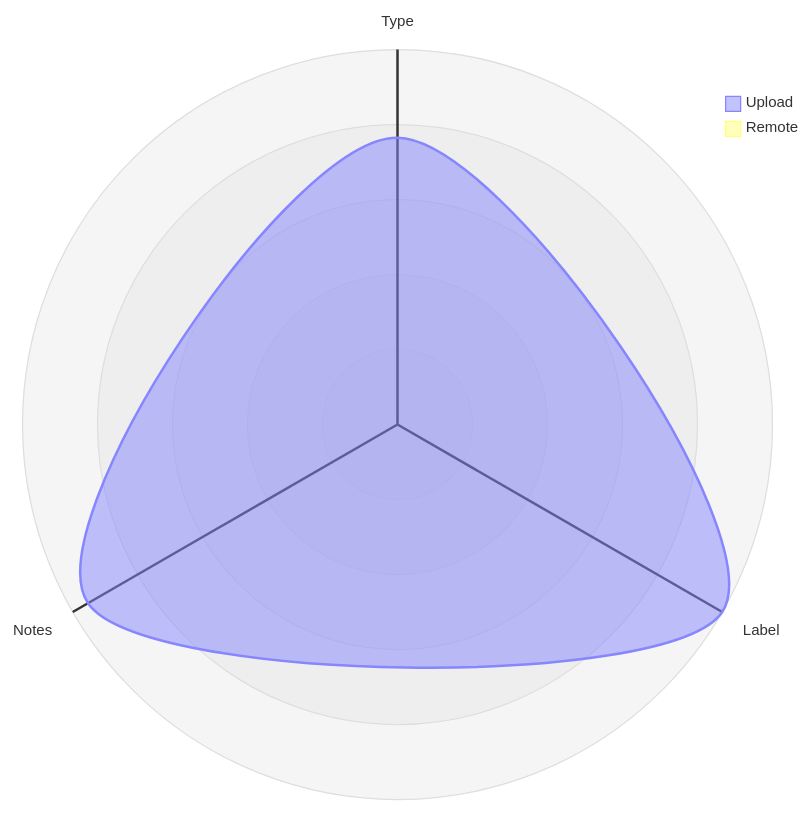
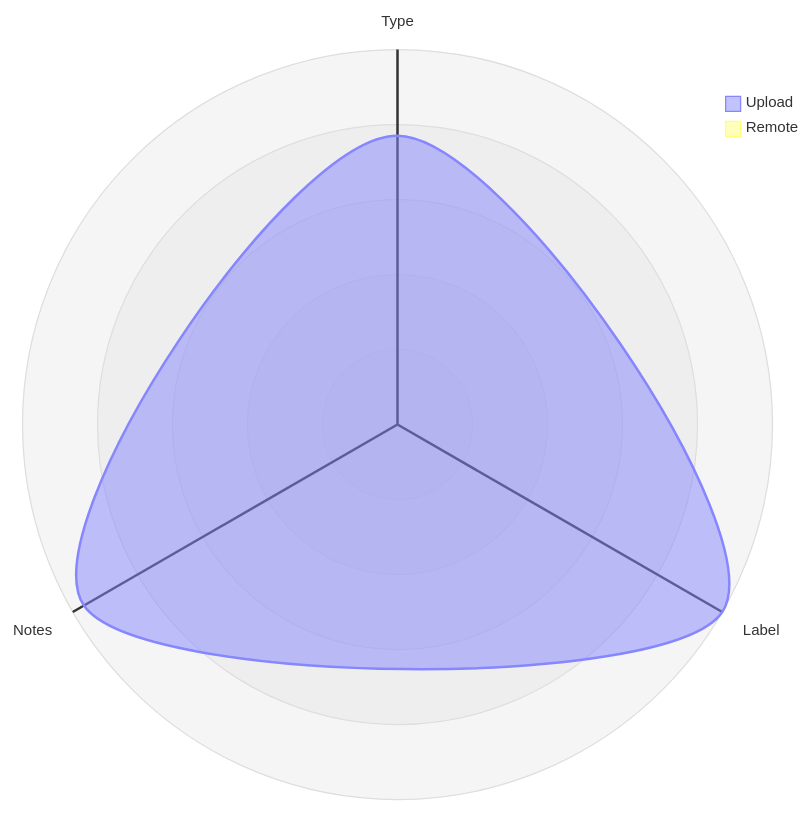
The third of 5 diagrams in datastore_tracker/README.md (open-data/analytics-corporate-reporting), drawn with Mermaid before and after one commit. The commit also changed other lines of this file and 8 other files, not shown here.

````diff
--- a/datastore_tracker/README.md
+++ b/datastore_tracker/README.md
@@ -104,12 +104,12 @@
 ```mermaid
 radar-beta
   axis T["Type"], L["Label"], N["Notes"]
-  curve u["Upload"]{0.00065, 0.00085, 0.00081}
+  curve u["Upload"]{0.00067, 0.00087, 0.00084}
   curve r["Remote"]{0, 0, 0}
 
   showLegend true
 
   min 0
   graticule circle
   ticks 5
 ```
````
